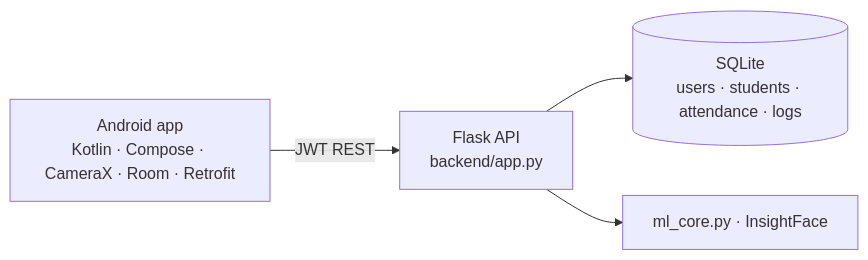
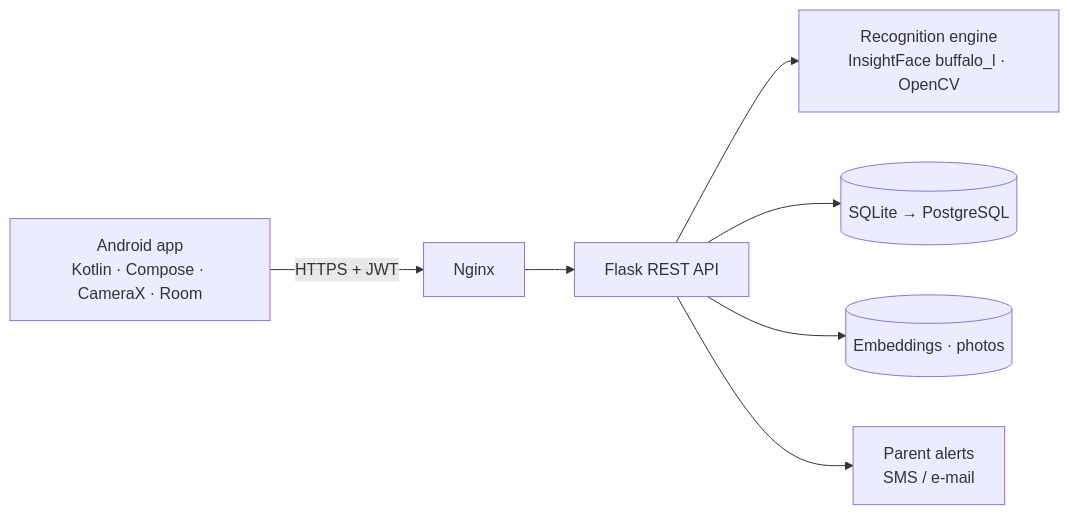
One commit to nvaltryek-001/Edulens changed the diagram in README.md. Above: the diagram before and after it, drawn with Mermaid. The commit also changed other lines of this file and 18 other files, not shown here.

````diff
--- a/README.md
+++ b/README.md
@@ -39,6 +43,9 @@
 ```mermaid
 flowchart LR
-  A[Android app<br/>Kotlin · Compose · CameraX · Room · Retrofit] -- JWT REST --> B[Flask API<br/>backend/app.py]
-  B --> DB[(SQLite<br/>users · students · attendance · logs)]
-  B --> ML[ml_core.py · InsightFace]
+  A[Android app<br/>Kotlin · Compose · CameraX · Room] -- HTTPS + JWT --> N[Nginx]
+  N --> B[Flask REST API]
+  B --> ML[Recognition engine<br/>InsightFace buffalo_l · OpenCV]
+  B --> DB[(SQLite → PostgreSQL)]
+  B --> F[(Embeddings · photos)]
+  B --> P[Parent alerts<br/>SMS / e-mail]
 ```
````
